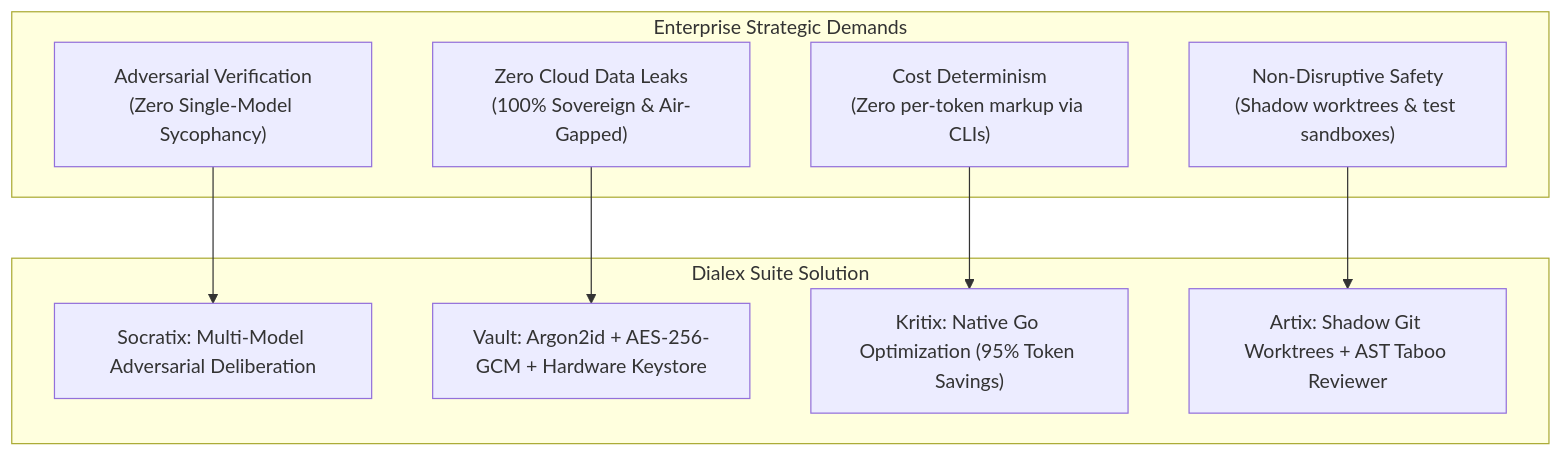
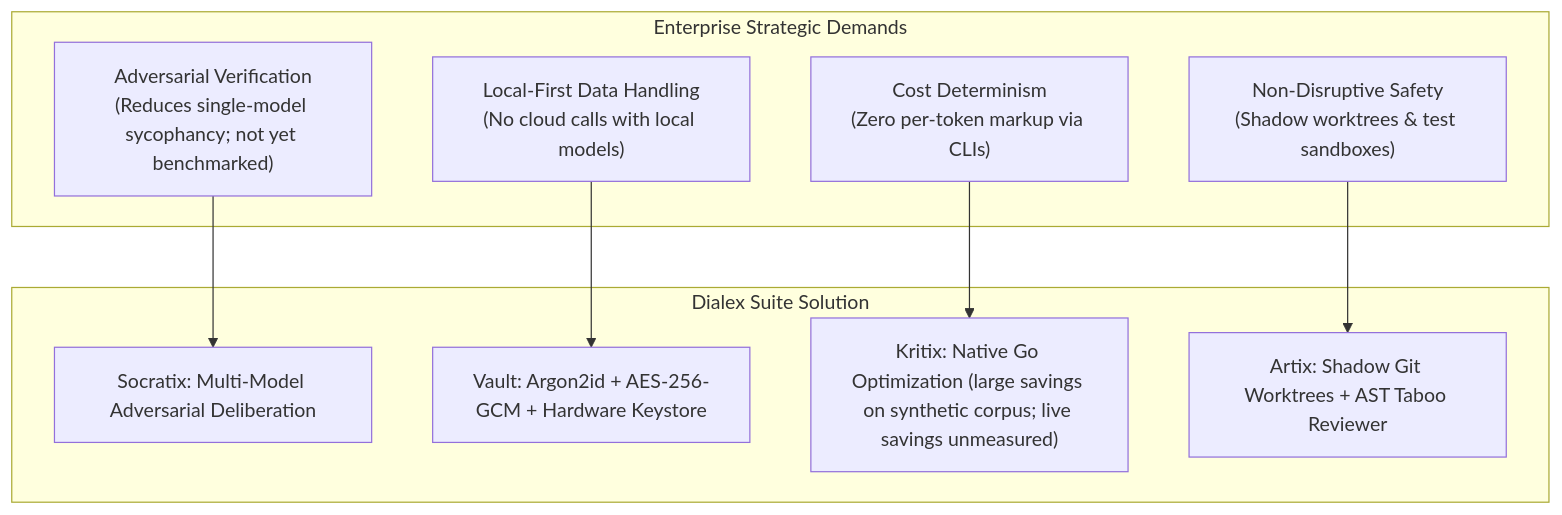
The first of 2 diagrams in docs/suite-architecture/04_PROSPECTIVE_USERS_TECHNICAL_EVALUATION.md (Keltstone/DialexAI), drawn with Mermaid before and after one commit. The commit also changed other lines of this file and 12 other files, not shown here.

````diff
--- a/docs/suite-architecture/04_PROSPECTIVE_USERS_TECHNICAL_EVALUATION.md
+++ b/docs/suite-architecture/04_PROSPECTIVE_USERS_TECHNICAL_EVALUATION.md
@@ -16,21 +16,21 @@
 ```mermaid
 graph TD
     subgraph Enterprise_Need ["Enterprise Strategic Demands"]
-        Need1["Adversarial Verification<br/>(Zero Single-Model Sycophancy)"]
-        Need2["Zero Cloud Data Leaks<br/>(100% Sovereign & Air-Gapped)"]
+        Need1["Adversarial Verification<br/>(Reduces single-model sycophancy; not yet benchmarked)"]
+        Need2["Local-First Data Handling<br/>(No cloud calls with local models)"]
         Need3["Cost Determinism<br/>(Zero per-token markup via CLIs)"]
         Need4["Non-Disruptive Safety<br/>(Shadow worktrees & test sandboxes)"]
     end
 
     subgraph Dialex_Response ["Dialex Suite Solution"]
         Sol1["Socratix: Multi-Model Adversarial Deliberation"]
         Sol2["Vault: Argon2id + AES-256-GCM + Hardware Keystore"]
-        Sol3["Kritix: Native Go Optimization (95% Token Savings)"]
+        Sol3["Kritix: Native Go Optimization (large savings on synthetic corpus; live savings unmeasured)"]
         Sol4["Artix: Shadow Git Worktrees + AST Taboo Reviewer"]
     end
 
     Need1 --> Sol1
     Need2 --> Sol2
     Need3 --> Sol3
     Need4 --> Sol4
 ```
````
